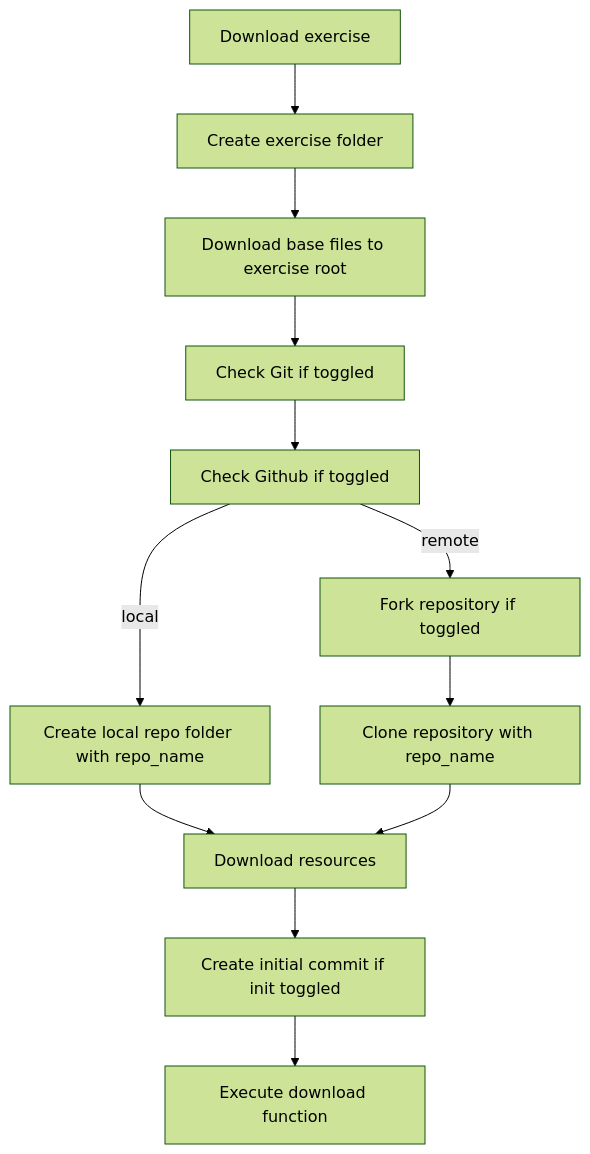
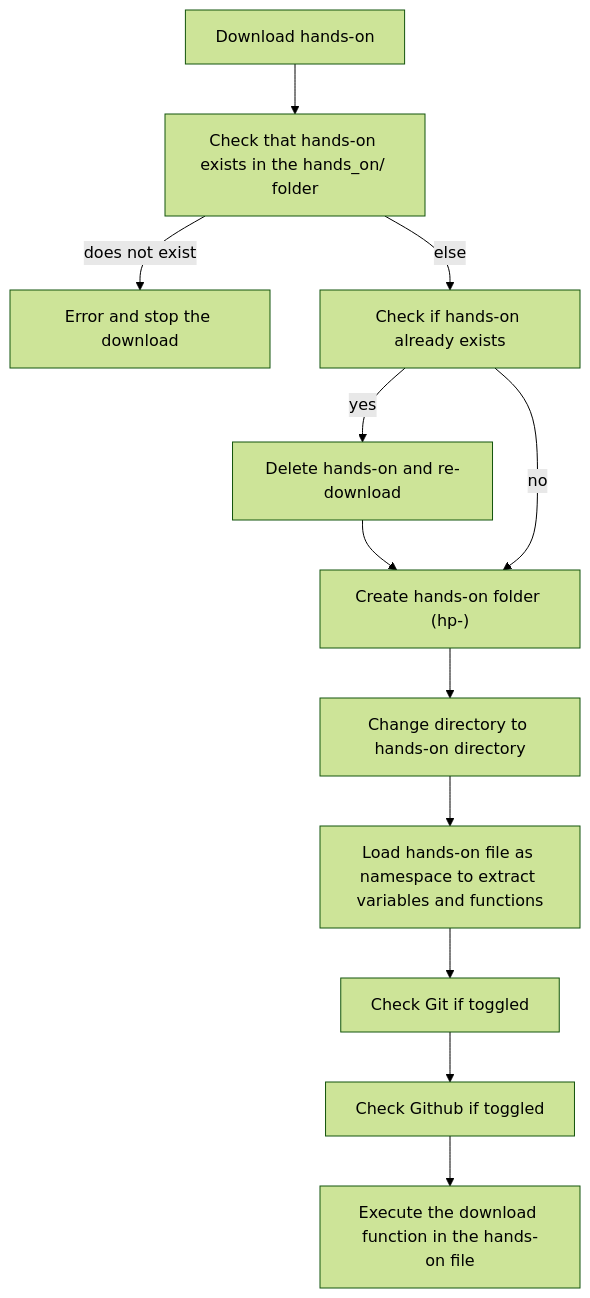
The second of 3 diagrams in docs/architecture/download-workflow.md (git-mastery/developers), drawn with Mermaid (forest theme) before and after one commit. The commit also changed other lines of this file, not shown here.

Commit message:
Flesh out download workflw

````diff
--- a/docs/architecture/download-workflow.md
+++ b/docs/architecture/download-workflow.md
@@ -8,14 +25,14 @@
 ```mermaid
 flowchart
-a[Download exercise] --> b[Create exercise folder]
-b --> c[Download base files to exercise root]
-c --> d[Check Git if toggled]
-d --> e[Check Github if toggled]
-e -- local --> f[Create local repo folder with repo_name]
-e -- remote --> g[Fork repository if toggled]
-g --> h[Clone repository with repo_name]
-f --> i[Download resources]
-h --> i
-i --> j[Create initial commit if init toggled]
-j --> k[Execute download function]
+a[Download hands-on] --> b[Check that hands-on exists in the hands_on/ folder]
+b -- does not exist --> c[Error and stop the download]
+b -- else --> d[Check if hands-on already exists]
+d -- yes --> e[Delete hands-on and re-download]
+e --> f["Create hands-on folder (hp-<hands-on name>)"]
+d -- no --> f
+f --> g[Change directory to hands-on directory]
+g --> h[Load hands-on file as namespace to extract variables and functions]
+h --> i[Check Git if toggled]
+i --> j[Check Github if toggled]
+j --> k[Execute the download function in the hands-on file]
 ```
````
